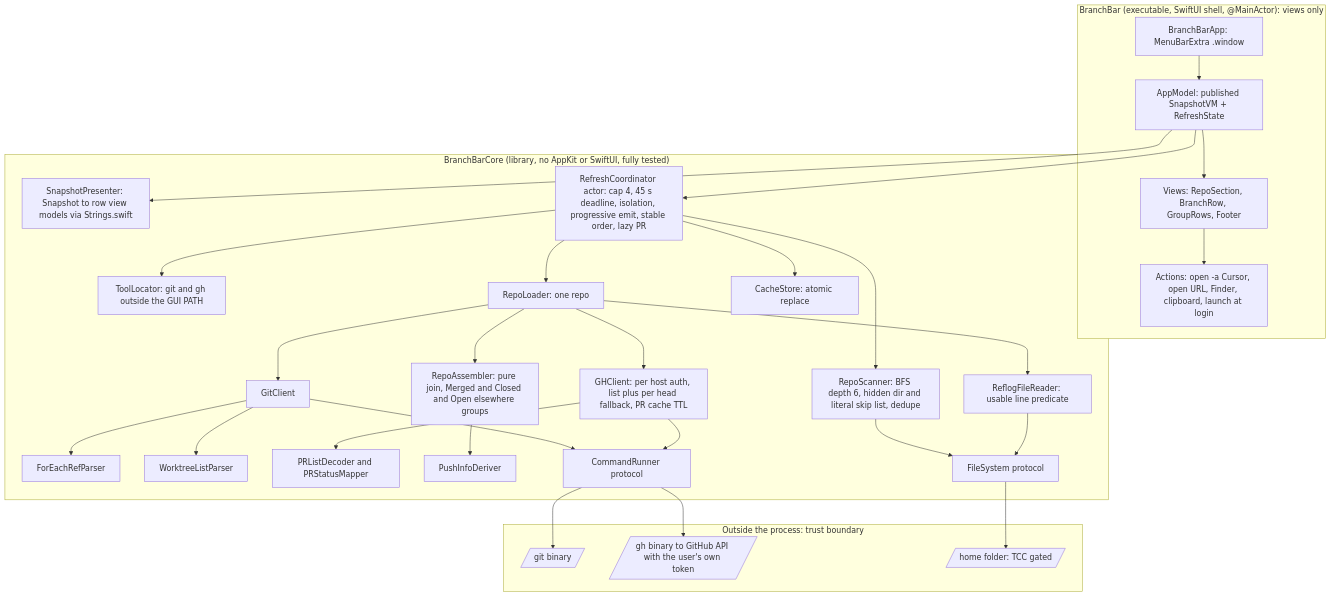
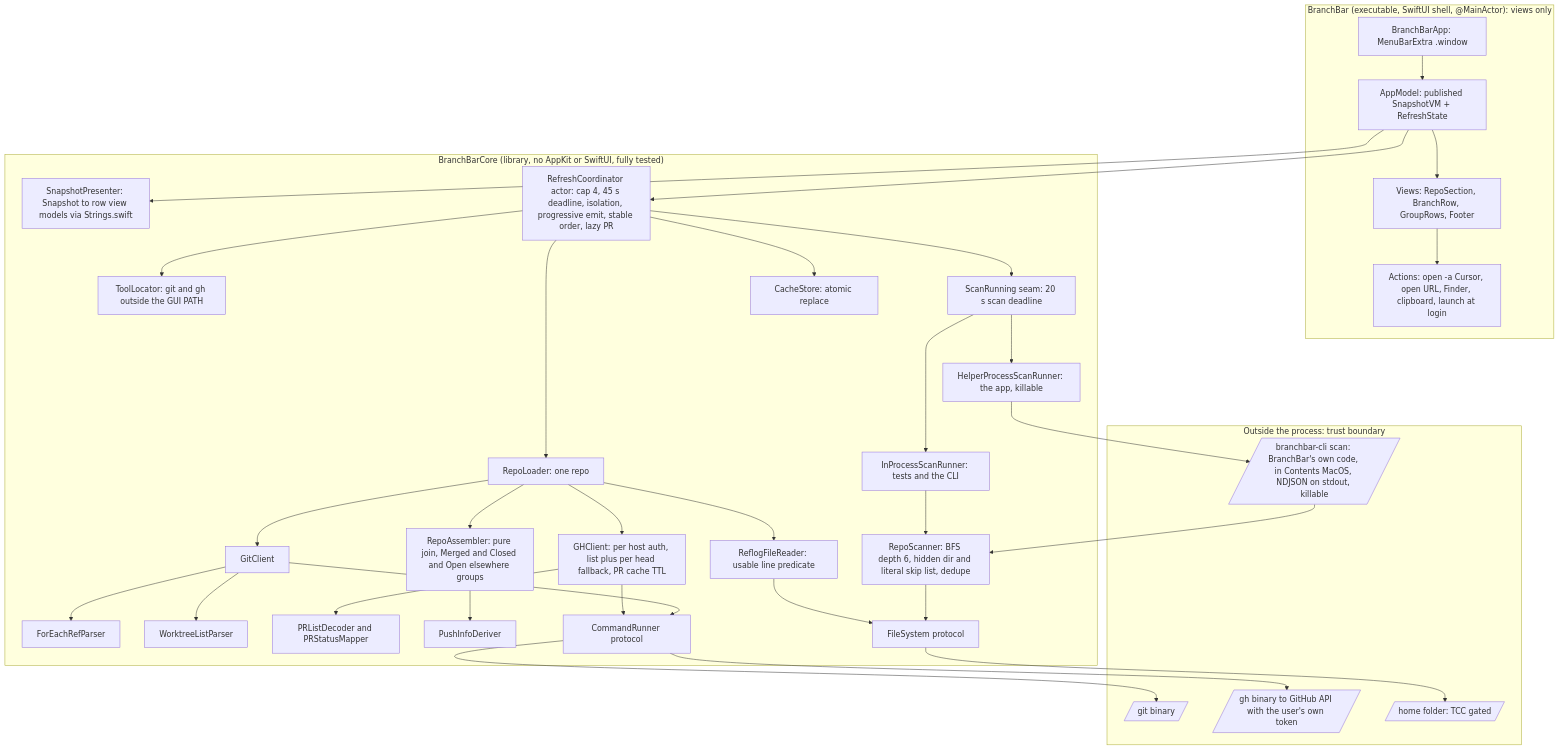
Before and after one commit to hannahstulberg/branchbar: the first of 6 diagrams in ARCHITECTURE.md, drawn with Mermaid. The commit also changed other lines of this file and 8 other files, not shown here.

````diff
--- a/ARCHITECTURE.md
+++ b/ARCHITECTURE.md
@@ -9,31 +9,36 @@
 ```mermaid
 graph TD
     subgraph UI["BranchBar (executable, SwiftUI shell, @MainActor): views only"]
         App[BranchBarApp: MenuBarExtra .window] --> AM[AppModel: published SnapshotVM + RefreshState]
         AM --> V[Views: RepoSection, BranchRow, GroupRows, Footer]
         V --> Act[Actions: open -a Cursor, open URL, Finder, clipboard, launch at login]
     end
     subgraph Core["BranchBarCore (library, no AppKit or SwiftUI, fully tested)"]
         AM --> SP[SnapshotPresenter: Snapshot to row view models via Strings.swift]
         AM --> RC[RefreshCoordinator actor: cap 4, 45 s deadline, isolation, progressive emit, stable order, lazy PR]
         RC --> TL[ToolLocator: git and gh outside the GUI PATH]
-        RC --> SC[RepoScanner: BFS depth 6, hidden dir and literal skip list, dedupe]
+        RC --> SR[ScanRunning seam: 20 s scan deadline]
+        SR --> IPS[InProcessScanRunner: tests and the CLI]
+        SR --> HPS[HelperProcessScanRunner: the app, killable]
+        IPS --> SC[RepoScanner: BFS depth 6, hidden dir and literal skip list, dedupe]
         RC --> RL[RepoLoader: one repo]
         RL --> GC[GitClient] --> P1[ForEachRefParser]
         GC --> P2[WorktreeListParser]
         RL --> P3[ReflogFileReader: usable line predicate]
         RL --> GH[GHClient: per host auth, list plus per head fallback, PR cache TTL] --> P4[PRListDecoder and PRStatusMapper]
         RL --> AS[RepoAssembler: pure join, Merged and Closed and Open elsewhere groups]
         AS --> PD[PushInfoDeriver]
         RC --> CS[CacheStore: atomic replace]
         GC --> CR[CommandRunner protocol]
         GH --> CR
         SC --> FS[FileSystem protocol]
         P3 --> FS
     end
     subgraph Ext["Outside the process: trust boundary"]
         CR --> GIT[/git binary/]
         CR --> GHB[/gh binary to GitHub API with the user's own token/]
+        HPS --> HELPER[/branchbar-cli scan: BranchBar's own code, in Contents MacOS, NDJSON on stdout, killable/]
+        HELPER --> SC
         FS --> HOME[/home folder: TCC gated/]
     end
 ```
````
